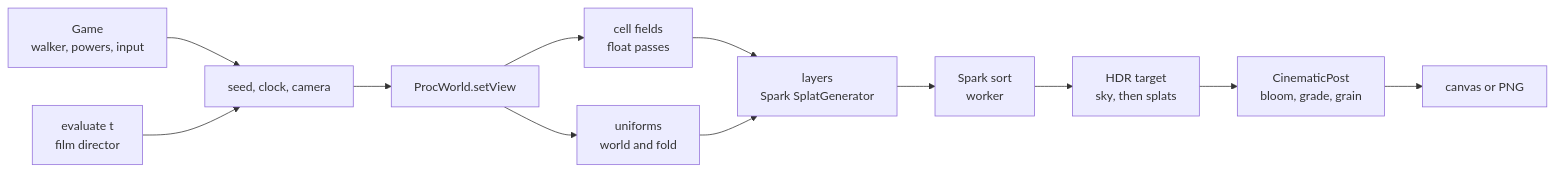
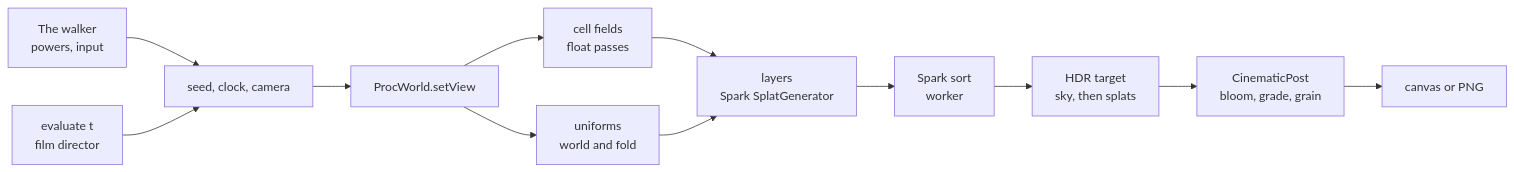
One commit to DeadInternetStudios/three-js-claude-splatting-demo changed the diagram in docs/ARCHITECTURE.md. Above: the diagram before and after it, drawn with Mermaid. The commit also changed other lines of this file and 15 other files, not shown here.

````diff
--- a/docs/ARCHITECTURE.md
+++ b/docs/ARCHITECTURE.md
@@ -5,14 +5,14 @@
 ```mermaid
 flowchart LR
-  G[Game<br/>walker, powers, input] --> V[seed, clock, camera]
+  G[The walker<br/>powers, input] --> V[seed, clock, camera]
   D[evaluate t<br/>film director] --> V
   V --> S[ProcWorld.setView]
   S --> F[cell fields<br/>float passes]
   S --> U[uniforms<br/>world and fold]
   F --> L[layers<br/>Spark SplatGenerator]
   U --> L
   L --> K[Spark sort<br/>worker]
   K --> H[HDR target<br/>sky, then splats]
   H --> P[CinematicPost<br/>bloom, grade, grain]
   P --> C[canvas or PNG]
 ```
````
